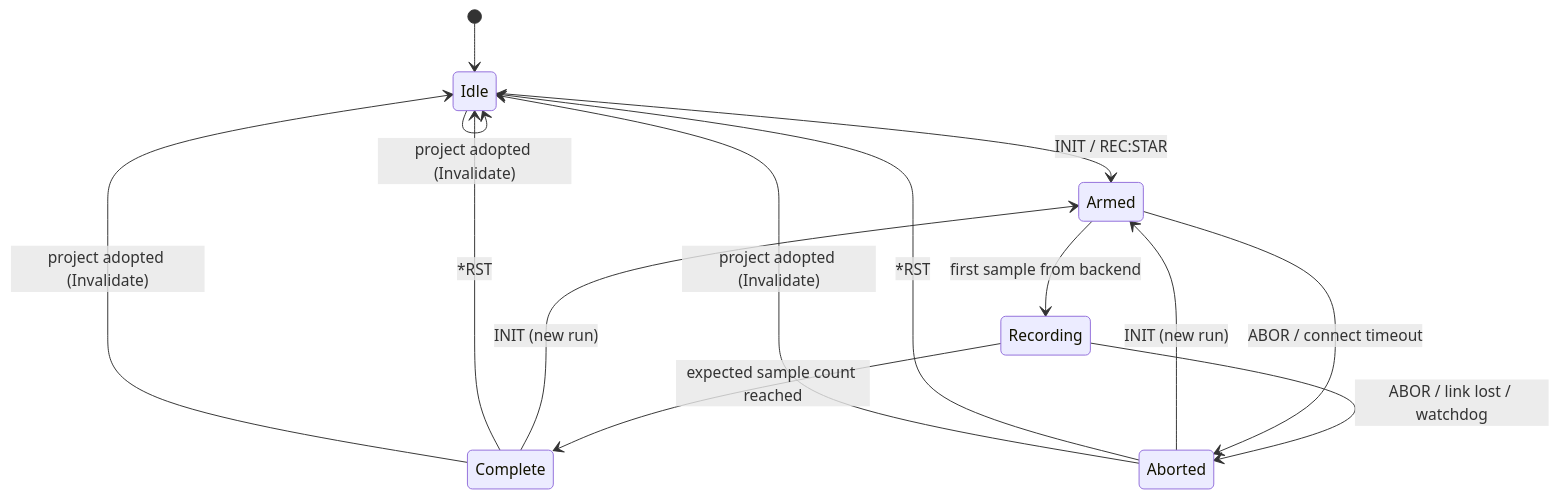
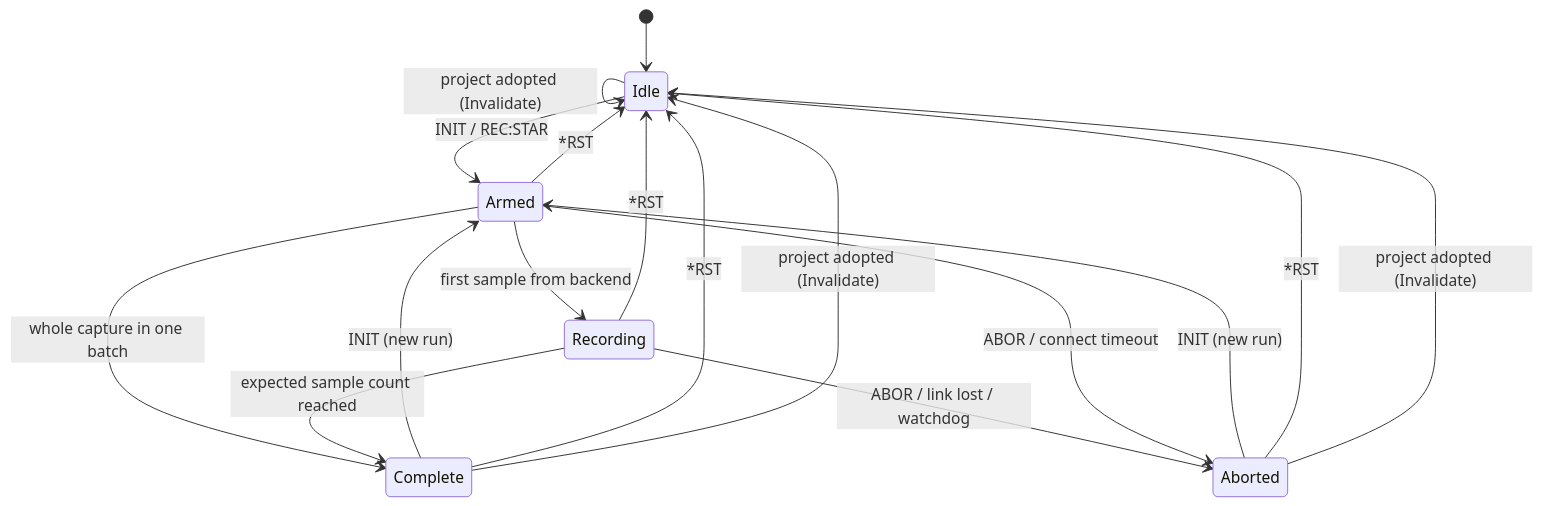
One commit to 9997433-bit/QuickVib changed the third of 3 diagrams in docs/PLAN.md. Above: the diagram before and after it, drawn with Mermaid. The commit also changed other lines of this file and 7 other files, not shown here.

````diff
--- a/docs/PLAN.md
+++ b/docs/PLAN.md
@@ -245,16 +245,20 @@
 ```mermaid
 stateDiagram-v2
     [*] --> Idle
     Idle --> Armed: INIT / REC:STAR
     Armed --> Recording: first sample from backend
+    Armed --> Complete: whole capture in one batch
     Recording --> Complete: expected sample count reached
     Recording --> Aborted: ABOR / link lost / watchdog
     Armed --> Aborted: ABOR / connect timeout
     Complete --> Armed: INIT (new run)
     Aborted --> Armed: INIT (new run)
     Complete --> Idle: *RST
     Aborted --> Idle: *RST
+    Armed --> Idle: *RST
+    Recording --> Idle: *RST
+    Idle --> Idle: *RST
     Complete --> Idle: project adopted (Invalidate)
     Aborted --> Idle: project adopted (Invalidate)
     Idle --> Idle: project adopted (Invalidate)
 ```
````
